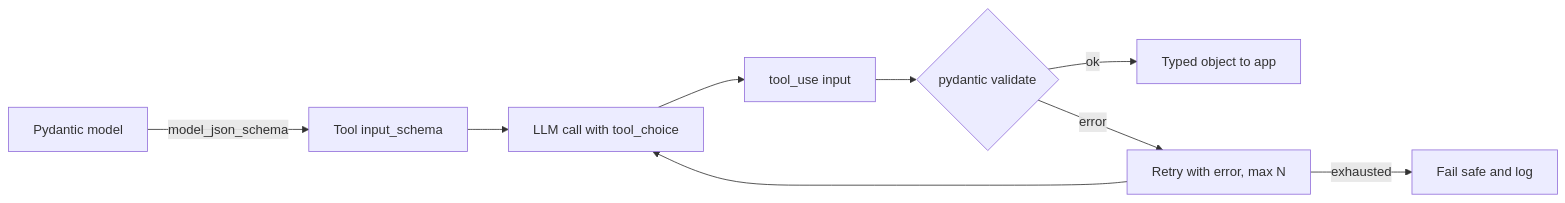
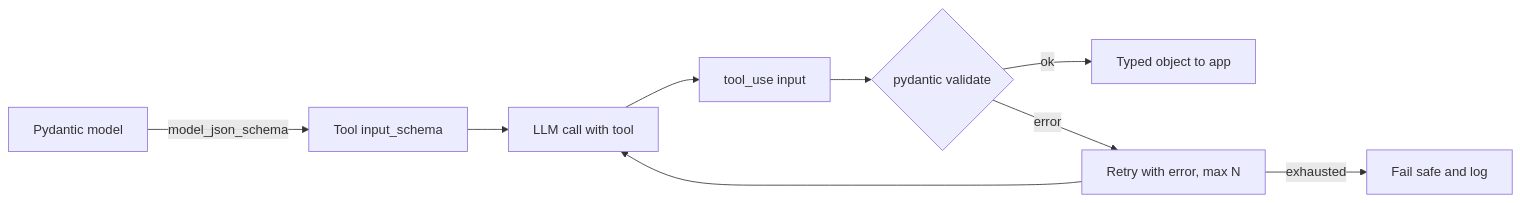
One commit to saibykani/Saige-Prep changed the diagram in frontend/content/lessons/ai-engineering/llm-apis-and-structured-output.md. Above: the diagram before and after it, drawn with Mermaid. The commit also changed other lines of this file and 51 other files, not shown here.

````diff
--- a/frontend/content/lessons/ai-engineering/llm-apis-and-structured-output.md
+++ b/frontend/content/lessons/ai-engineering/llm-apis-and-structured-output.md
@@ -127,11 +128,11 @@
 ```mermaid
 flowchart LR
   A[Pydantic model] -->|model_json_schema| B[Tool input_schema]
-  B --> C[LLM call with tool_choice]
+  B --> C[LLM call with tool]
   C --> D[tool_use input]
   D --> E{pydantic validate}
   E -- ok --> F[Typed object to app]
   E -- error --> G[Retry with error, max N]
   G --> C
   G -->|exhausted| H[Fail safe and log]
 ```
````
